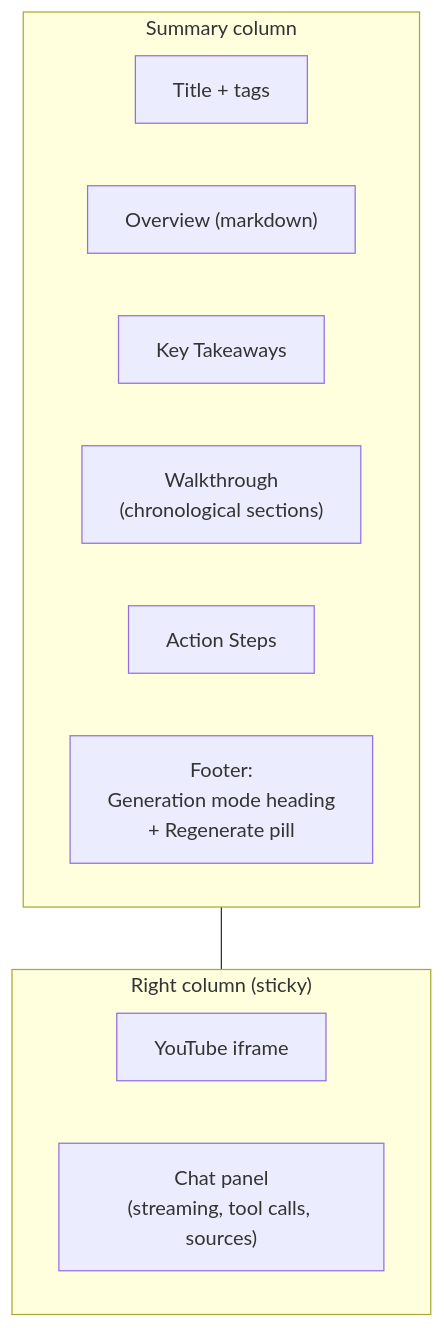
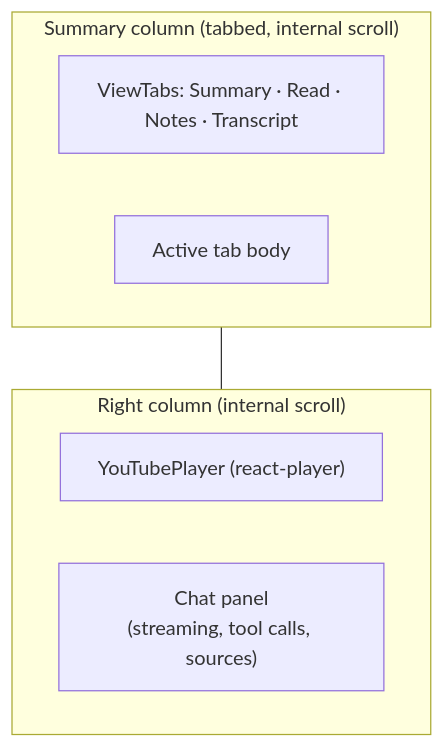
One commit to PaulBratslavsky/yt-local-llm-knowledge-base-with-mcp changed the sixth of 7 diagrams in docs/architecture.md. Above: the diagram before and after it, drawn with Mermaid. The commit also changed other lines of this file and 2 other files, not shown here.

````diff
--- a/docs/architecture.md
+++ b/docs/architecture.md
@@ -436,16 +451,12 @@
 ```mermaid
 flowchart TB
-    subgraph Left["Summary column"]
-      Hdr["Title + tags"]
-      Ov["Overview (markdown)"]
-      Tk["Key Takeaways"]
-      Wk["Walkthrough<br/>(chronological sections)"]
-      As["Action Steps"]
-      Ft["Footer:<br/>Generation mode heading<br/>+ Regenerate pill"]
+    subgraph Left["Summary column (tabbed, internal scroll)"]
+      Tabs["ViewTabs: Summary · Read · Notes · Transcript"]
+      Body["Active tab body"]
     end
-    subgraph Right["Right column (sticky)"]
-      Vid["YouTube iframe"]
+    subgraph Right["Right column (internal scroll)"]
+      Vid["YouTubePlayer (react-player)"]
       Ch["Chat panel<br/>(streaming, tool calls, sources)"]
     end
     Left --- Right
 ```
````
